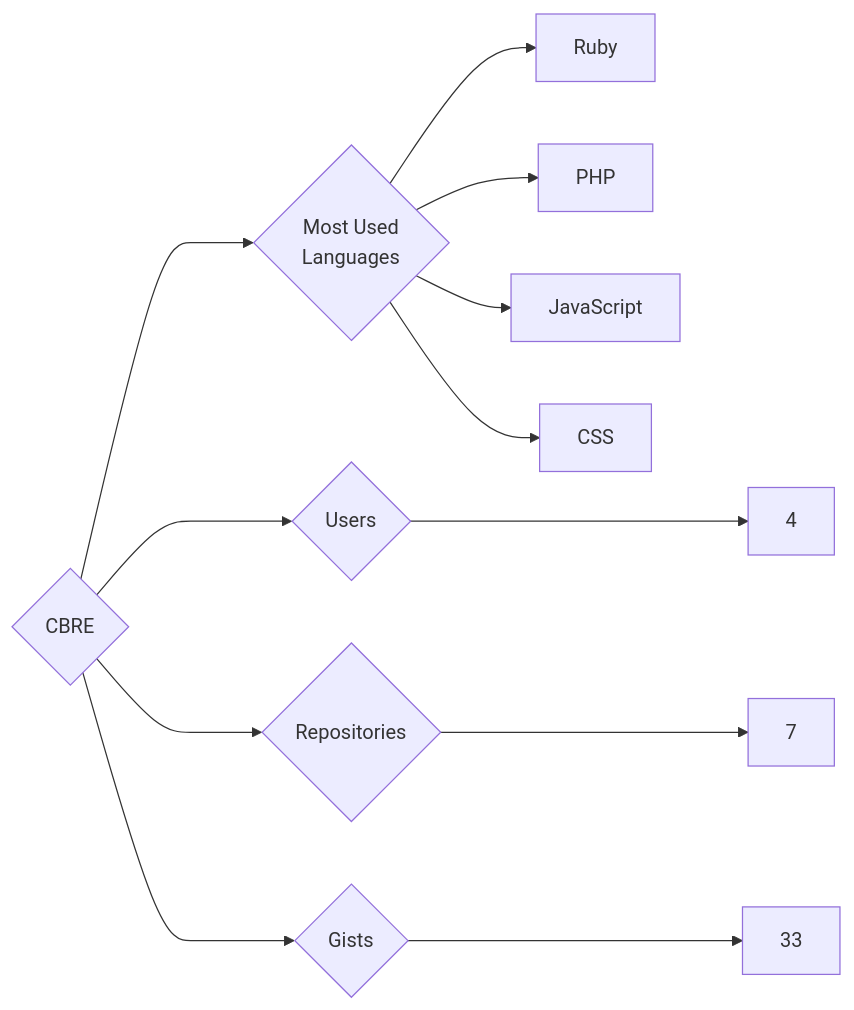
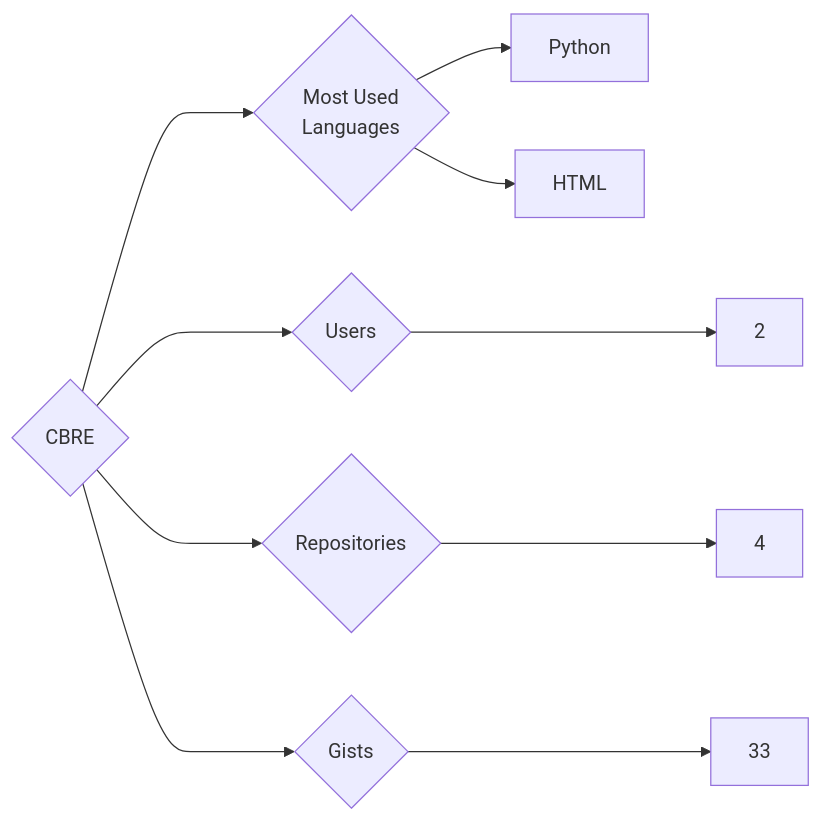
One commit to trickest/insiders changed the diagram in targets/CBRE/README.md. Above: the diagram before and after it, drawn with Mermaid. The commit also changed 559 other files, not shown here.

````diff
--- a/targets/CBRE/README.md
+++ b/targets/CBRE/README.md
@@ -3,12 +3,10 @@
 ```mermaid
 graph LR
 COMPANY_NAME{CBRE}
-COMPANY_NAME ---> U{Users} ---> UN[4]
-COMPANY_NAME ---> R{Repositories} ---> RN[7]
+COMPANY_NAME ---> U{Users} ---> UN[2]
+COMPANY_NAME ---> R{Repositories} ---> RN[4]
 COMPANY_NAME ---> G{Gists} ---> GN[33]
 COMPANY_NAME ---> ML{Most Used<br>Languages}
-ML --> Ruby[Ruby]
-ML --> PHP[PHP]
-ML --> JavaScript[JavaScript]
-ML --> CSS[CSS]
+ML --> Python[Python]
+ML --> HTML[HTML]
 ```
````
